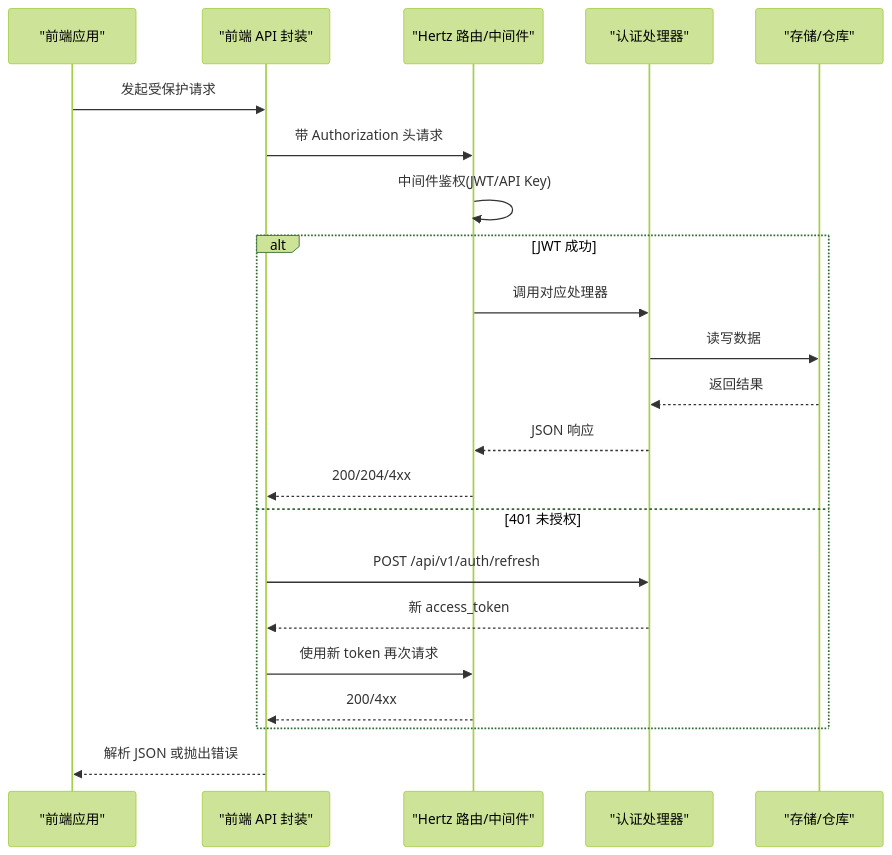
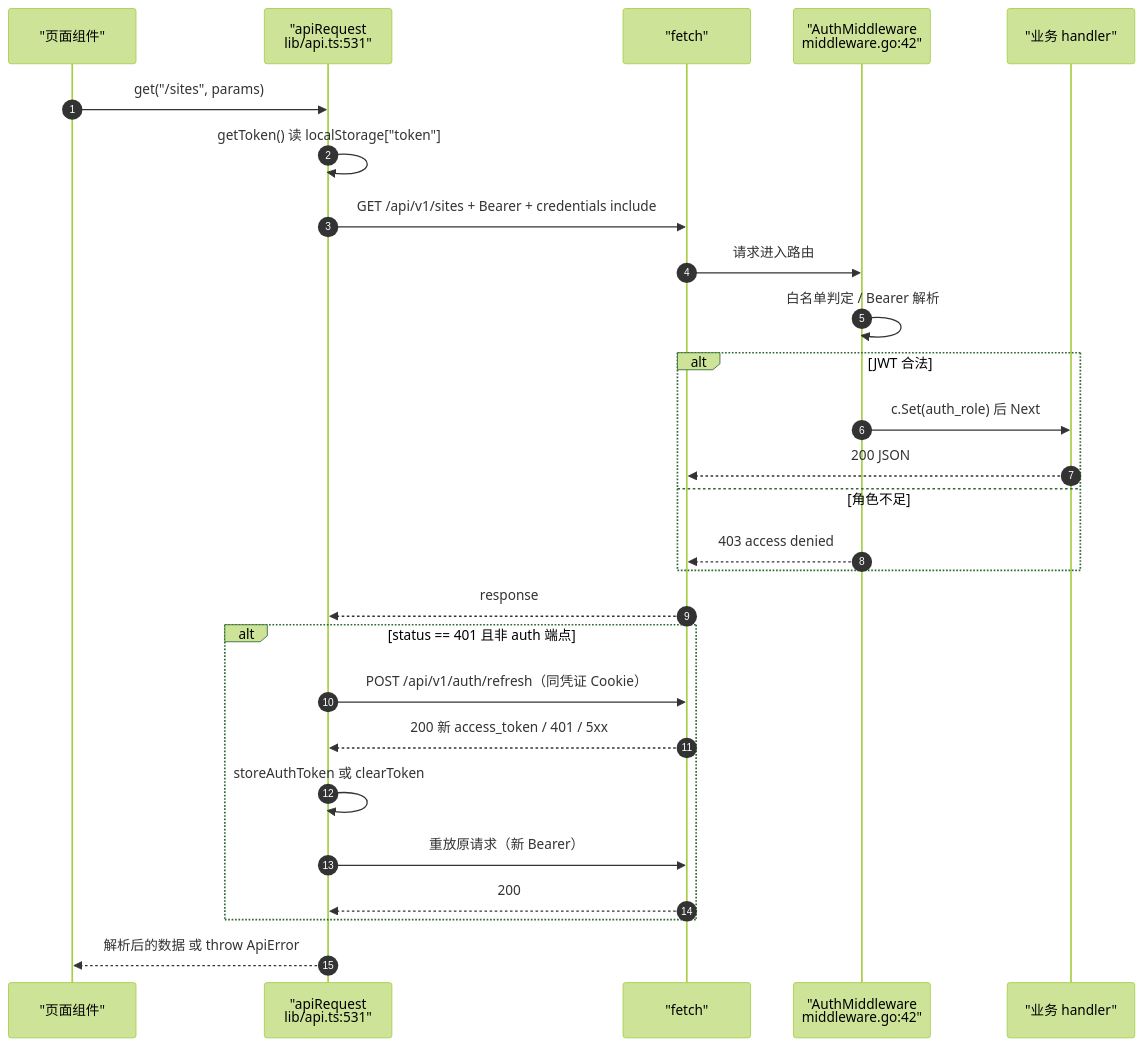
The second of 6 diagrams in docs/前端管理界面/API 集成.md (x01n/My-OpenWaf), drawn with Mermaid (forest theme) before and after one commit. The commit also changed other lines of this file and 622 other files, not shown here.

````diff
--- a/docs/前端管理界面/API 集成.md
+++ b/docs/前端管理界面/API 集成.md
@@ -113,24 +174,29 @@
 ```mermaid
 sequenceDiagram
-participant FE as "前端应用"
-participant API as "前端 API 封装"
-participant HZ as "Hertz 路由/中间件"
-participant AUTH as "认证处理器"
-participant STORE as "存储/仓库"
-FE->>API : 发起受保护请求
-API->>HZ : 带 Authorization 头请求
-HZ->>HZ : 中间件鉴权(JWT/API Key)
-alt JWT 成功
-HZ->>AUTH : 调用对应处理器
-AUTH->>STORE : 读写数据
-STORE-->>AUTH : 返回结果
-AUTH-->>HZ : JSON 响应
-HZ-->>API : 200/204/4xx
-else 401 未授权
-API->>AUTH : POST /api/v1/auth/refresh
-AUTH-->>API : 新 access_token
-API->>HZ : 使用新 token 再次请求
-HZ-->>API : 200/4xx
+autonumber
+participant P as "页面组件"
+participant A as "apiRequest<br/>lib/api.ts:531"
+participant F as "fetch"
+participant M as "AuthMiddleware<br/>middleware.go:42"
+participant H as "业务 handler"
+P->>A : get("/sites", params)
+A->>A : getToken() 读 localStorage["token"]
+A->>F : GET /api/v1/sites + Bearer + credentials include
+F->>M : 请求进入路由
+M->>M : 白名单判定 / Bearer 解析
+alt JWT 合法
+M->>H : c.Set(auth_role) 后 Next
+H-->>F : 200 JSON
+else 角色不足
+M-->>F : 403 access denied
 end
-API-->>FE : 解析 JSON 或抛出错误
+F-->>A : response
+alt status == 401 且非 auth 端点
+A->>F : POST /api/v1/auth/refresh（同凭证 Cookie）
+F-->>A : 200 新 access_token / 401 / 5xx
+A->>A : storeAuthToken 或 clearToken
+A->>F : 重放原请求（新 Bearer）
+F-->>A : 200
+end
+A-->>P : 解析后的数据 或 throw ApiError
 ```
````
